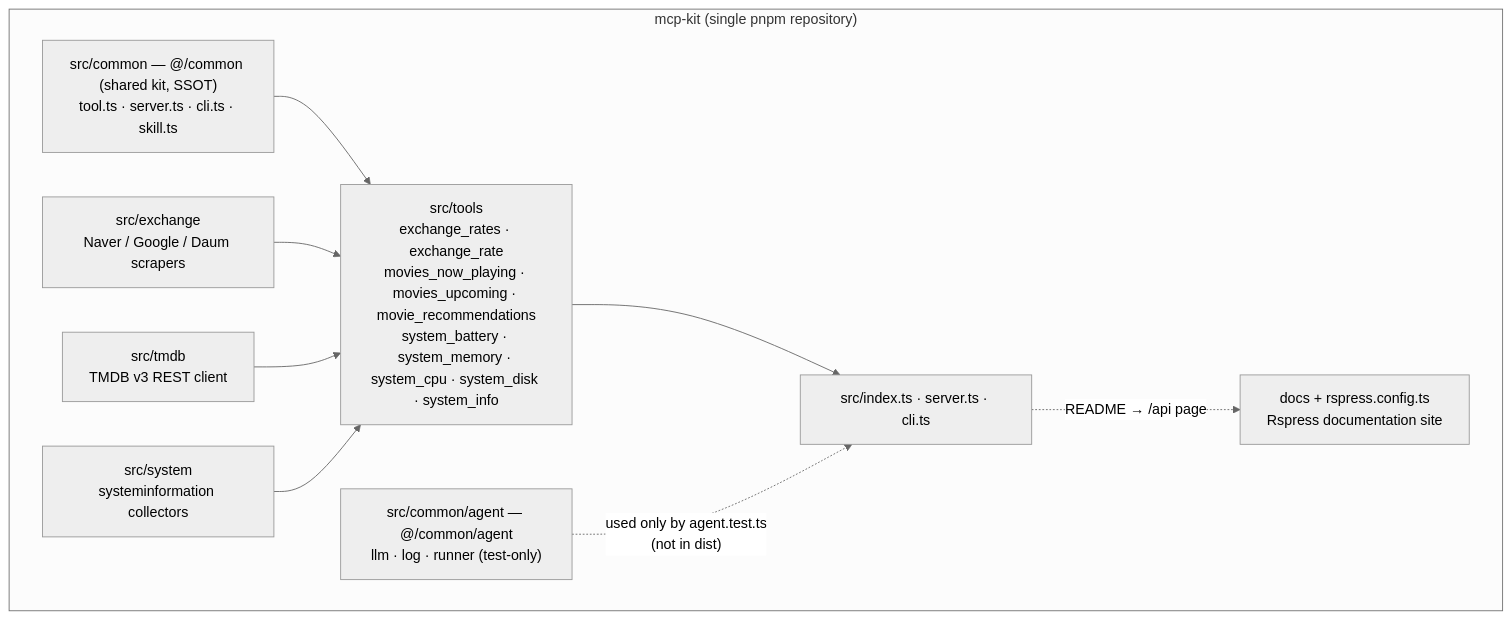
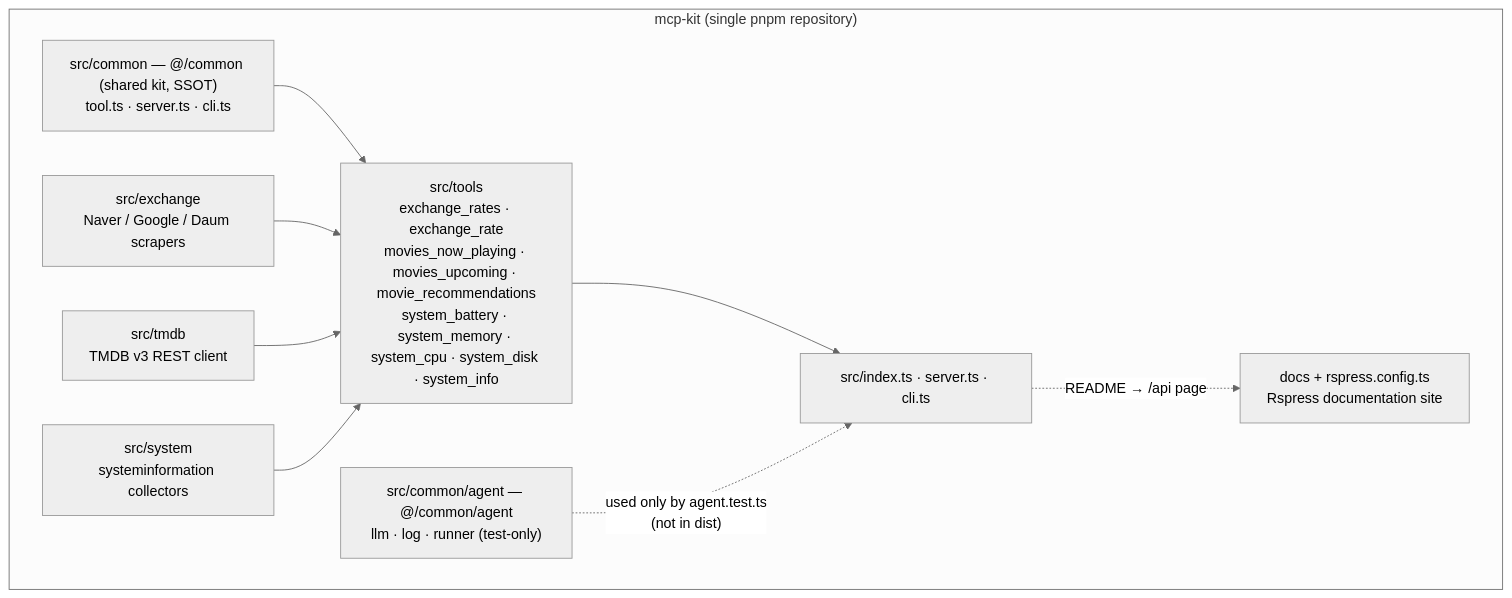
Before and after one commit to jl917/mcp-kit: the first of 4 diagrams in docs/03-architecture.md, drawn with Mermaid (neutral theme). The commit also changed other lines of this file and 43 other files, not shown here.

````diff
--- a/docs/03-architecture.md
+++ b/docs/03-architecture.md
@@ -165,21 +163,21 @@
 ```mermaid
 graph TD
     subgraph Repo["mcp-kit (single pnpm repository)"]
-        Common["src/common — @/common (shared kit, SSOT)<br/>tool.ts · server.ts · cli.ts · skill.ts"]
+        Common["src/common — @/common (shared kit, SSOT)<br/>tool.ts · server.ts · cli.ts"]
         Agent["src/common/agent — @/common/agent<br/>llm · log · runner (test-only)"]
         Exchange["src/exchange<br/>Naver / Google / Daum scrapers"]
         Tmdb["src/tmdb<br/>TMDB v3 REST client"]
         System["src/system<br/>systeminformation collectors"]
         Tools["src/tools<br/>exchange_rates · exchange_rate<br/>movies_now_playing · movies_upcoming · movie_recommendations<br/>system_battery · system_memory · system_cpu · system_disk · system_info"]
         Entries["src/index.ts · server.ts · cli.ts"]
         Site["docs + rspress.config.ts<br/>Rspress documentation site"]
     end
 
     Common --> Tools
     Exchange --> Tools
     Tmdb --> Tools
     System --> Tools
     Tools --> Entries
     Agent -.->|"used only by agent.test.ts<br/>(not in dist)"| Entries
     Entries -.->|"README → /api page"| Site
 ```
````
